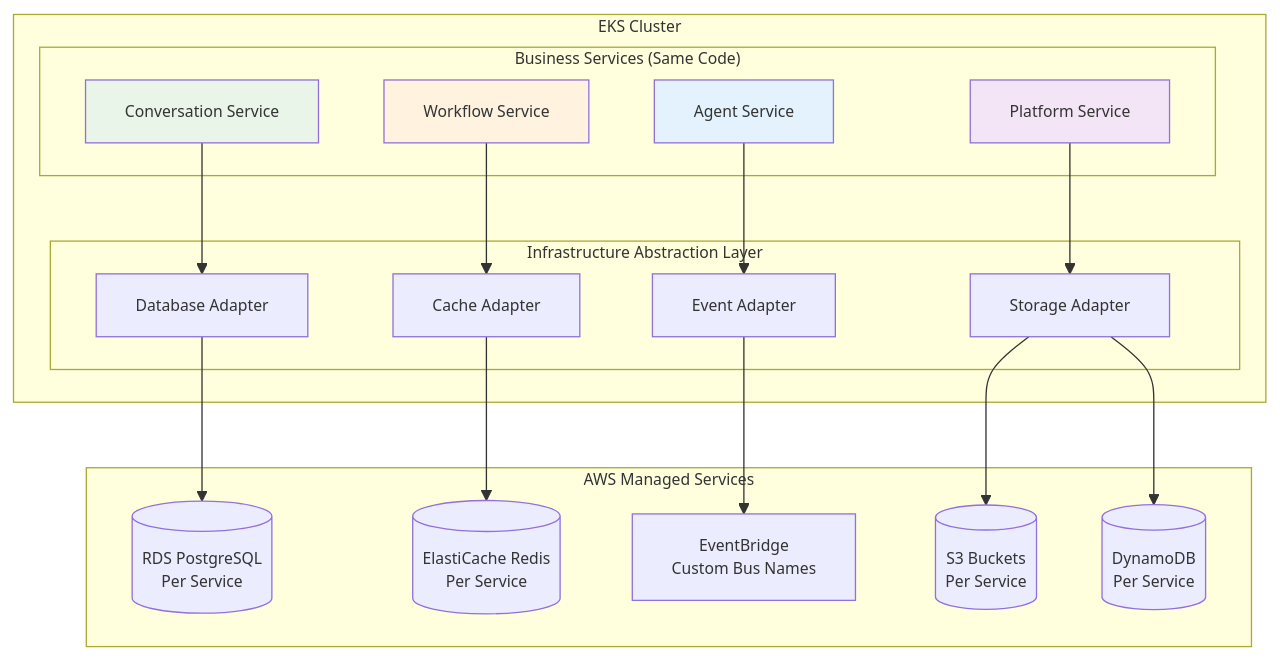
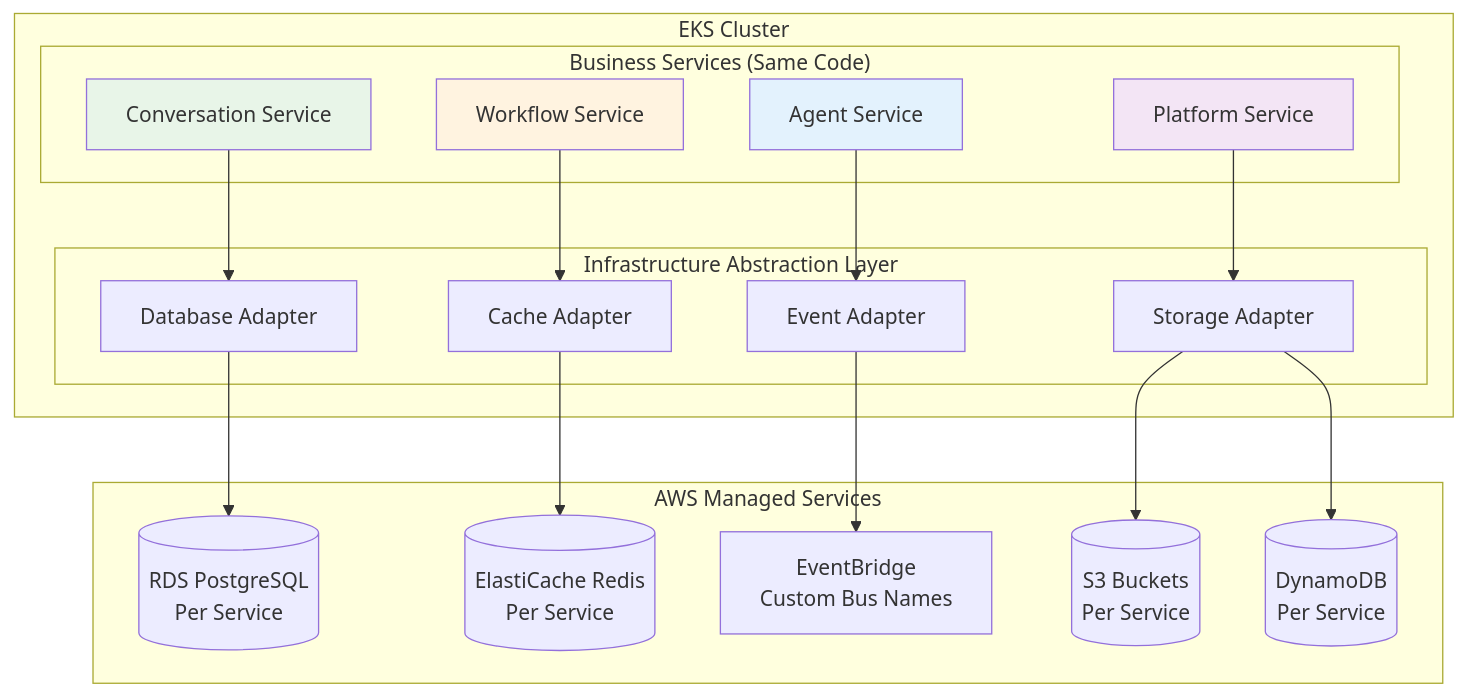
Before and after one commit to ondemandenv/ondemandenv.github.io: the diagram in diagrams/ai-agent-platform-phase1-aws.mmd, drawn with Mermaid. The commit also changed 5 other files, not shown here.

```diff
--- a/diagrams/ai-agent-platform-phase1-aws.mmd
+++ b/diagrams/ai-agent-platform-phase1-aws.mmd
@@ -1,41 +1,40 @@
-%%{init: {'theme':'default', 'themeVariables': {'fontSize': '12px', 'fontFamily': 'arial', 'primaryColor': '#ff6b6b', 'primaryTextColor': '#333', 'primaryBorderColor': '#ff6b6b', 'lineColor': '#333', 'secondaryColor': '#4ecdc4', 'tertiaryColor': '#45b7d1'}}}%%
-graph TB
+flowchart TB
     subgraph "EKS Cluster"
         subgraph "Business Services (Same Code)"
             CONV[Conversation Service]
             WF[Workflow Service]
             AGENT[Agent Service]
             PLATFORM[Platform Service]
         end
         
         subgraph "Infrastructure Abstraction Layer"
             DB_ADAPTER[Database Adapter]
             CACHE_ADAPTER[Cache Adapter]
             EVENT_ADAPTER[Event Adapter]
             STORAGE_ADAPTER[Storage Adapter]
         end
     end
     
     subgraph "AWS Managed Services"
         RDS[(RDS PostgreSQL<br/>Per Service)]
         ELASTICACHE[(ElastiCache Redis<br/>Per Service)]
         EVENTBRIDGE[EventBridge<br/>Custom Bus Names]
         S3[(S3 Buckets<br/>Per Service)]
         DYNAMODB[(DynamoDB<br/>Per Service)]
     end
     
     CONV --> DB_ADAPTER
     WF --> CACHE_ADAPTER
     AGENT --> EVENT_ADAPTER
     PLATFORM --> STORAGE_ADAPTER
     
     DB_ADAPTER --> RDS
     CACHE_ADAPTER --> ELASTICACHE
     EVENT_ADAPTER --> EVENTBRIDGE
     STORAGE_ADAPTER --> S3
     STORAGE_ADAPTER --> DYNAMODB
     
     style CONV fill:#e8f5e8
     style WF fill:#fff3e0
     style AGENT fill:#e3f2fd
     style PLATFORM fill:#f3e5f5 
```
